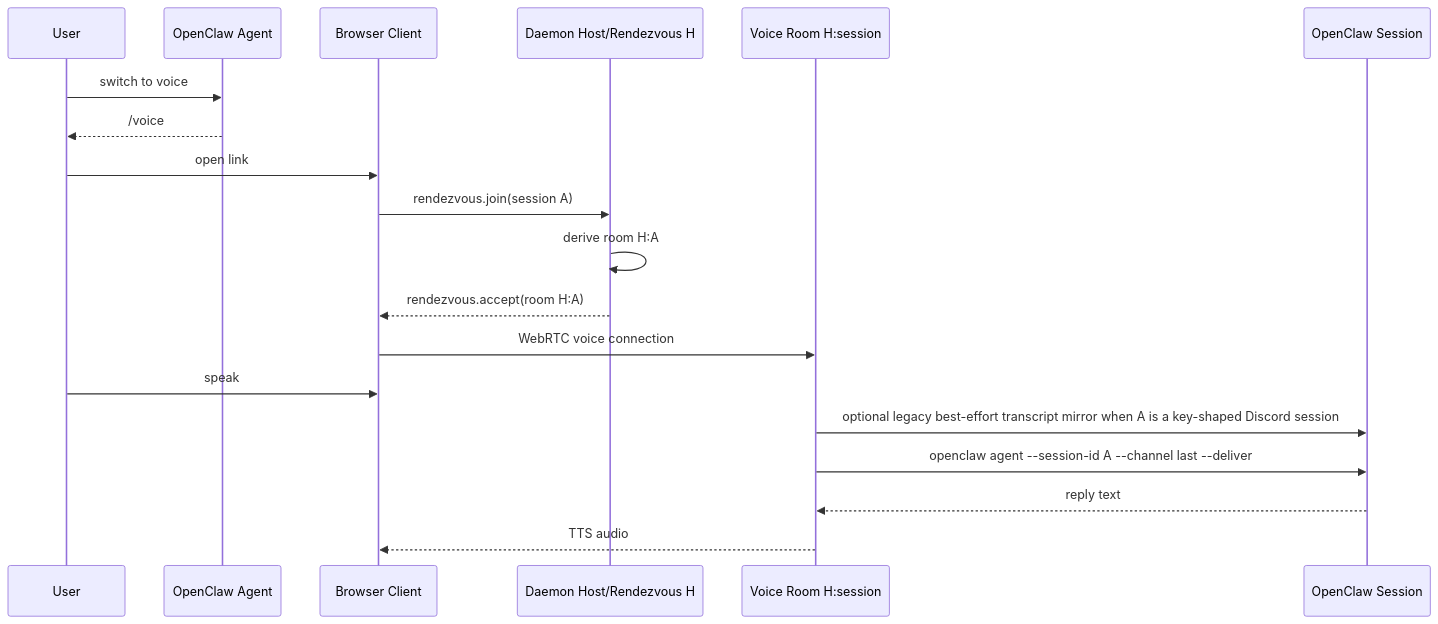
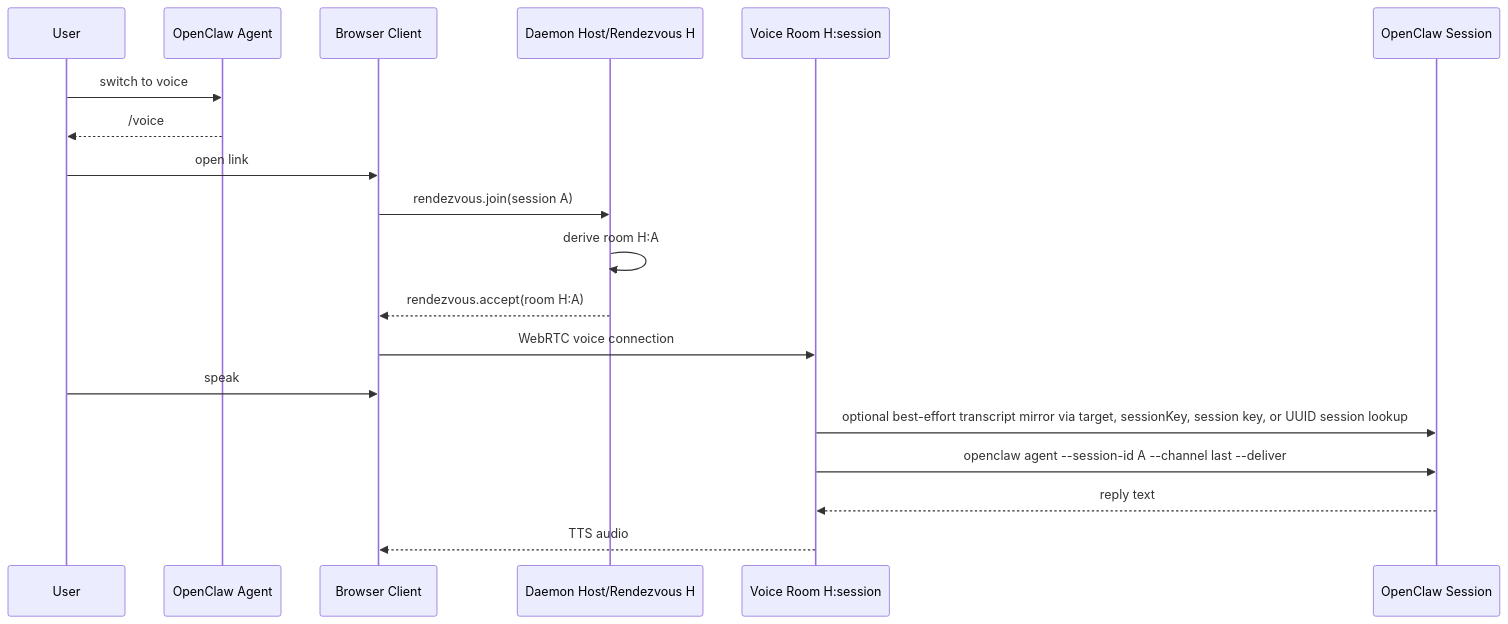
Before and after one commit to davidguttman/clawkie-talkie: the diagram in docs/voice-handoff.md, drawn with Mermaid. The commit also changed other lines of this file and 17 other files, not shown here.

````diff
--- a/docs/voice-handoff.md
+++ b/docs/voice-handoff.md
@@ -136,22 +150,22 @@
 ```mermaid
 sequenceDiagram
   participant User
   participant Agent as OpenClaw Agent
   participant Phone as Browser Client
   participant Host as Daemon Host/Rendezvous H
   participant Room as Voice Room H:session
   participant OC as OpenClaw Session
 
   User->>Agent: switch to voice
   Agent-->>User: /voice#host=H&session=A
   User->>Phone: open link
   Phone->>Host: rendezvous.join(session A)
   Host->>Host: derive room H:A
   Host-->>Phone: rendezvous.accept(room H:A)
   Phone->>Room: WebRTC voice connection
   User->>Phone: speak
-  Room->>OC: optional legacy best-effort transcript mirror when A is a key-shaped Discord session
+  Room->>OC: optional best-effort transcript mirror via target, sessionKey, session key, or UUID session lookup
   Room->>OC: openclaw agent --session-id A --channel last --deliver
   OC-->>Room: reply text
   Room-->>Phone: TTS audio
 ```
````
